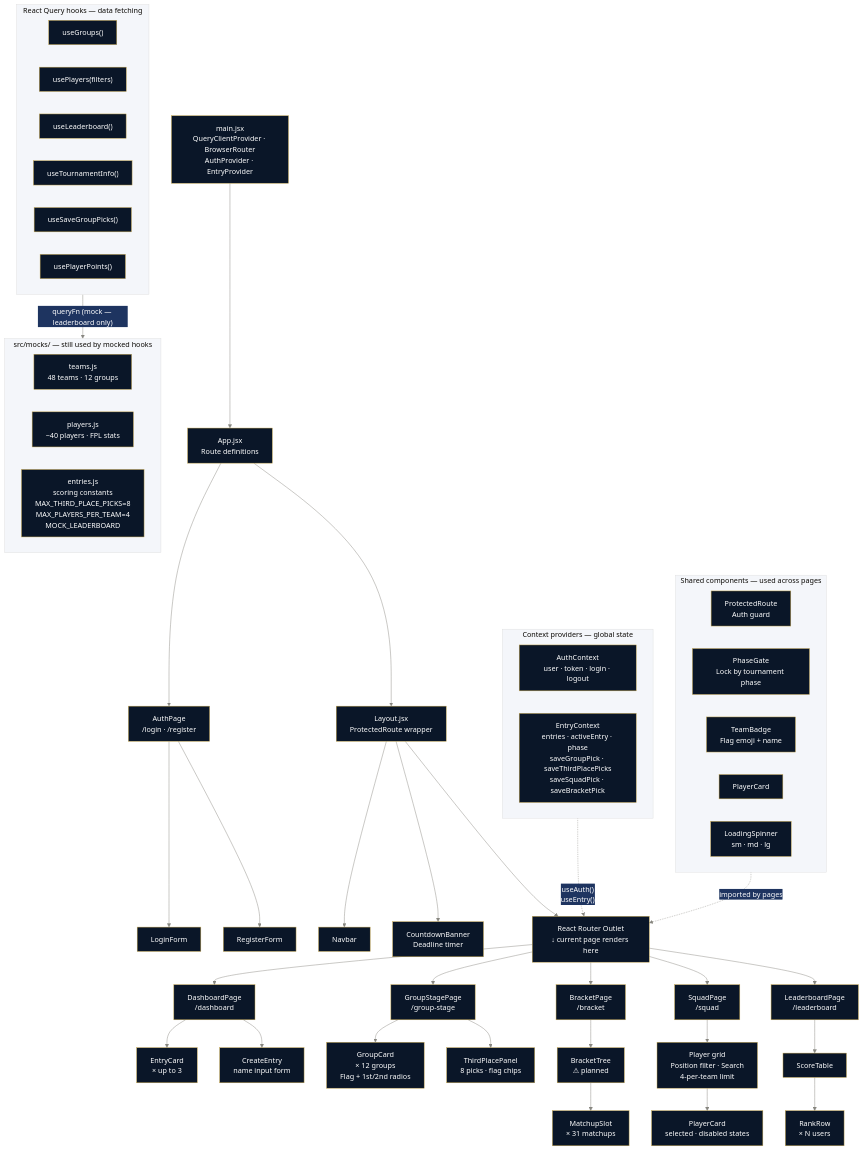
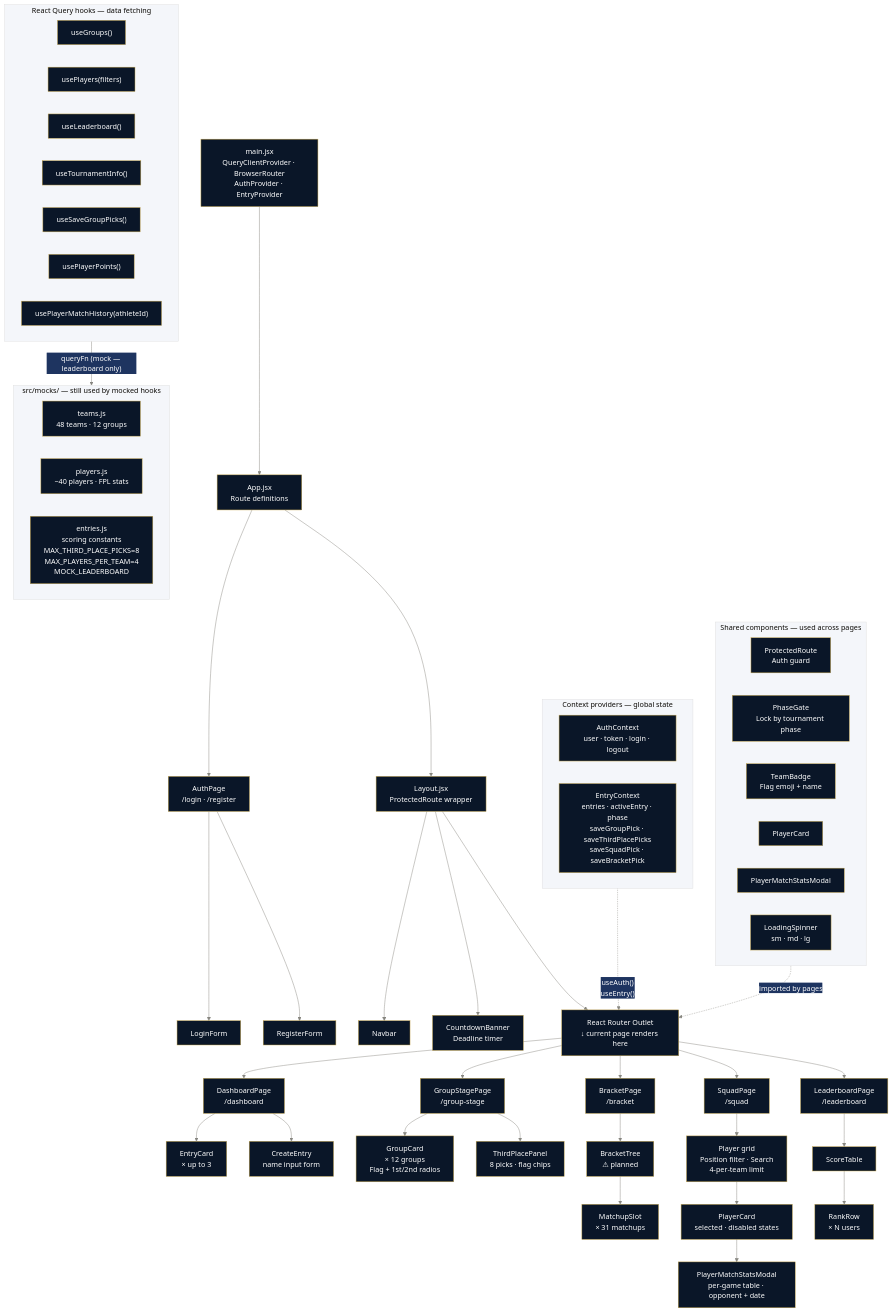
One commit to jominsky-ux/worldcupapp changed the diagram in frontend/README.md. Above: the diagram before and after it, drawn with Mermaid. The commit also changed other lines of this file and 14 other files, not shown here.

Commit message:
Added player stats display

````diff
--- a/frontend/README.md
+++ b/frontend/README.md
@@ -76,74 +76,77 @@
 ```mermaid
 %%{init: {'theme': 'base', 'themeVariables': {'primaryColor': '#0A1628', 'primaryTextColor': '#ffffff', 'primaryBorderColor': '#C9A84C', 'lineColor': '#888780', 'secondaryColor': '#1E3460', 'tertiaryColor': '#F4F6FA'}}}%%
 flowchart TD
     ROOT["main.jsx\nQueryClientProvider · BrowserRouter\nAuthProvider · EntryProvider"]
 
     ROOT --> APP["App.jsx\nRoute definitions"]
 
     APP --> AUTH_PAGE["AuthPage\n/login · /register"]
     APP --> LAYOUT["Layout.jsx\nProtectedRoute wrapper"]
 
     AUTH_PAGE --> LOGIN["LoginForm"]
     AUTH_PAGE --> REG["RegisterForm"]
 
     LAYOUT --> NAV["Navbar"]
     LAYOUT --> BANNER["CountdownBanner\nDeadline timer"]
     LAYOUT --> OUTLET["React Router Outlet\n↓ current page renders here"]
 
     OUTLET --> DASH["DashboardPage\n/dashboard"]
     OUTLET --> GROUP["GroupStagePage\n/group-stage"]
     OUTLET --> BRACKET["BracketPage\n/bracket"]
     OUTLET --> SQUAD["SquadPage\n/squad"]
     OUTLET --> LEADER["LeaderboardPage\n/leaderboard"]
 
     DASH --> ENTRY_CARD["EntryCard\n× up to 3"]
     DASH --> CREATE_ENTRY["CreateEntry\nname input form"]
 
     GROUP --> GROUP_CARD["GroupCard\n× 12 groups\nFlag + 1st/2nd radios"]
     GROUP --> THIRD_PANEL["ThirdPlacePanel\n8 picks · flag chips"]
 
     BRACKET --> BRACKET_TREE["BracketTree\n⚠ planned"]
     BRACKET_TREE --> MATCHUP["MatchupSlot\n× 31 matchups"]
 
     SQUAD --> SQUAD_BUILDER["Player grid\nPosition filter · Search\n4-per-team limit"]
     SQUAD_BUILDER --> PLAYER_CARD["PlayerCard\nselected · disabled states"]
+    PLAYER_CARD --> STATS_MODAL["PlayerMatchStatsModal\nper-game table · opponent + date"]
 
     LEADER --> SCORE_TABLE["ScoreTable"]
     SCORE_TABLE --> RANK_ROW["RankRow\n× N users"]
 
     subgraph SHARED["Shared components  —  used across pages"]
         direction LR
         PR["ProtectedRoute\nAuth guard"]
         PG["PhaseGate\nLock by tournament phase"]
         TB["TeamBadge\nFlag emoji + name"]
         PC["PlayerCard"]
+        PMSM["PlayerMatchStatsModal"]
         LS["LoadingSpinner\nsm · md · lg"]
     end
 
     subgraph CONTEXT["Context providers  —  global state"]
         direction LR
         AUTH_CTX["AuthContext\nuser · token · login · logout"]
         ENTRY_CTX["EntryContext\nentries · activeEntry · phase\nsaveGroupPick · saveThirdPlacePicks\nsaveSquadPick · saveBracketPick"]
     end
 
     subgraph HOOKS["React Query hooks  —  data fetching"]
         direction LR
         H1["useGroups()"]
         H2["usePlayers(filters)"]
         H3["useLeaderboard()"]
         H4["useTournamentInfo()"]
         H5["useSaveGroupPicks()"]
         H6["usePlayerPoints()"]
+        H7["usePlayerMatchHistory(athleteId)"]
     end
 
     subgraph MOCKS["src/mocks/  —  still used by mocked hooks"]
         direction LR
         M1["teams.js\n48 teams · 12 groups"]
         M2["players.js\n~40 players · FPL stats"]
         M3["entries.js\nscoring constants\nMAX_THIRD_PLACE_PICKS=8\nMAX_PLAYERS_PER_TEAM=4\nMOCK_LEADERBOARD"]
     end
 
     HOOKS -->|"queryFn (mock — leaderboard only)"| MOCKS
     CONTEXT -.->|"useAuth()\nuseEntry()"| OUTLET
     SHARED -.->|"imported by pages"| OUTLET
 ```
````
